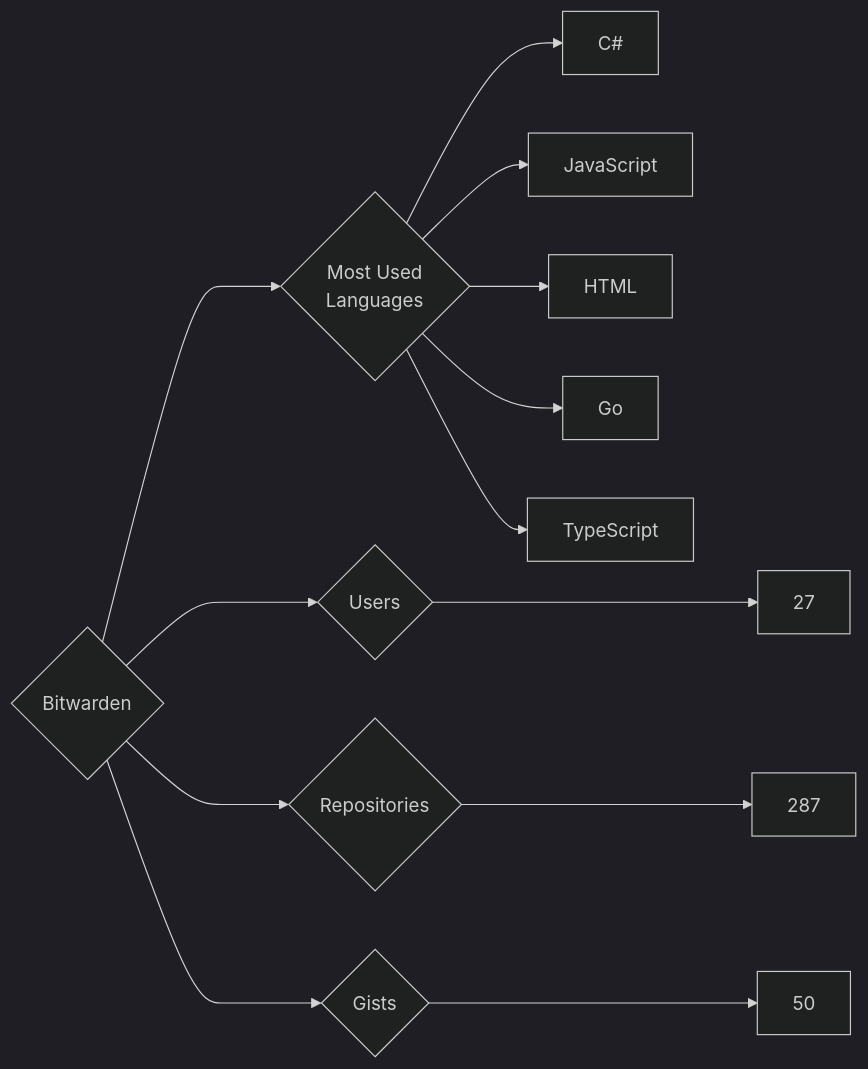
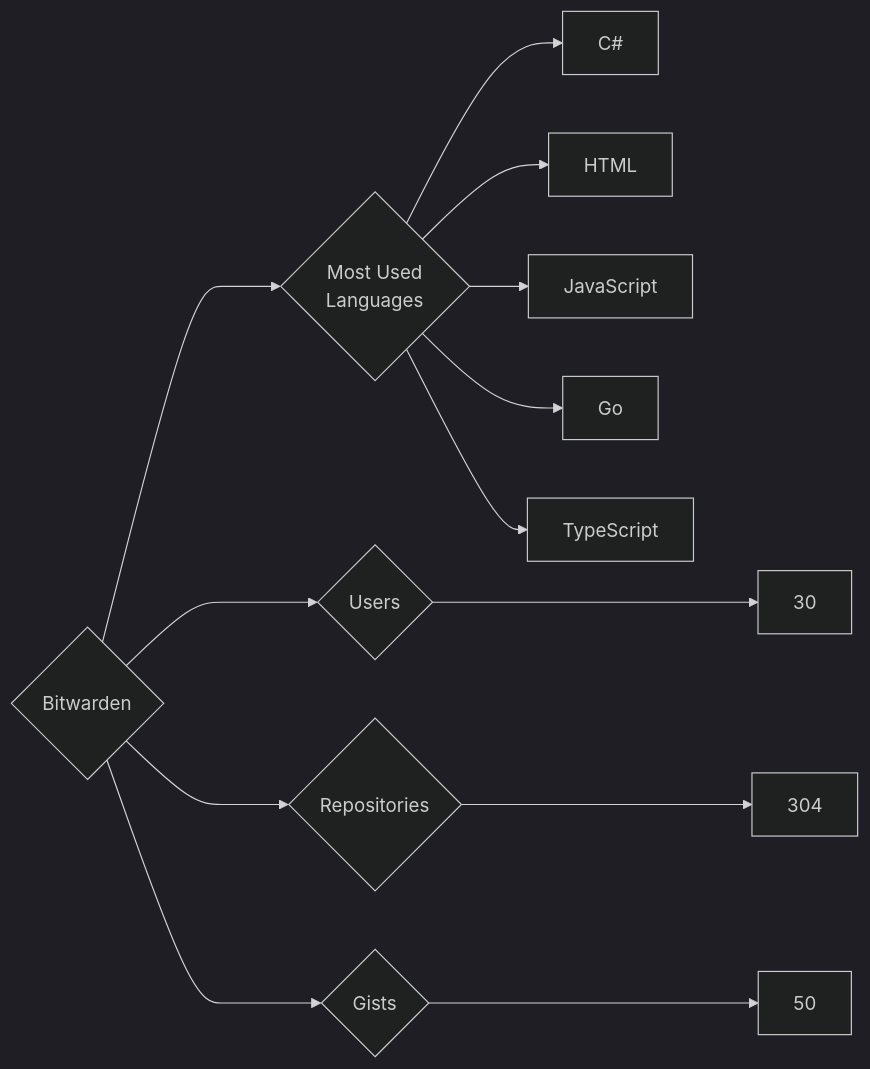
One commit to trickest/insiders changed the diagram in targets/Bitwarden/README.md. Above: the diagram before and after it, drawn with Mermaid (dark theme). The commit also changed 750 other files, not shown here.

````diff
--- a/targets/Bitwarden/README.md
+++ b/targets/Bitwarden/README.md
@@ -3,13 +3,13 @@
 ```mermaid
 graph LR
 COMPANY_NAME{Bitwarden}
-COMPANY_NAME ---> U{Users} ---> UN[27]
-COMPANY_NAME ---> R{Repositories} ---> RN[287]
+COMPANY_NAME ---> U{Users} ---> UN[30]
+COMPANY_NAME ---> R{Repositories} ---> RN[304]
 COMPANY_NAME ---> G{Gists} ---> GN[50]
 COMPANY_NAME ---> ML{Most Used<br>Languages}
 ML --> C#[C#]
+ML --> HTML[HTML]
 ML --> JavaScript[JavaScript]
-ML --> HTML[HTML]
 ML --> Go[Go]
 ML --> TypeScript[TypeScript]
 ```
````
